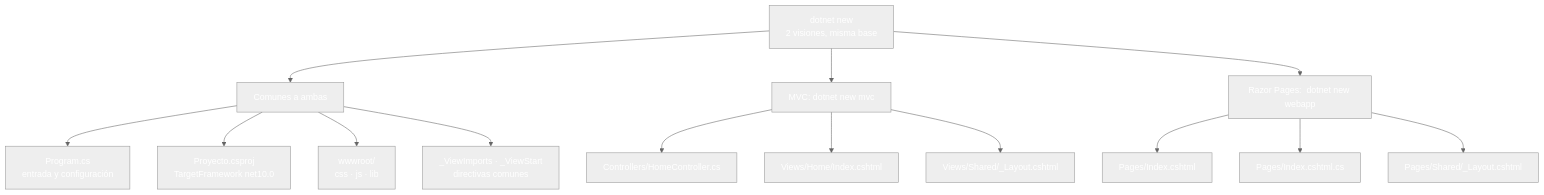
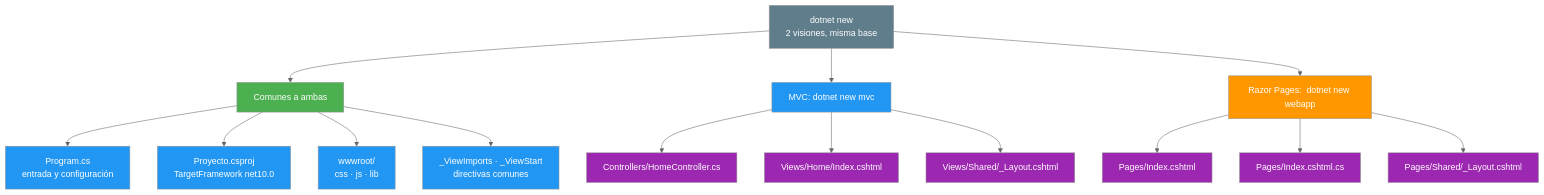
One commit to joseluisgs/DesarrolloWebEntornosServidor-03-2026-2027 changed the seventh of 7 diagrams in 01-razor-fundamentos.md. Above: the diagram before and after it, drawn with Mermaid (neutral theme). The commit also changed other lines of this file and 25 other files, not shown here.

Commit message:
docs: corregir los estilos Mermaid de los temas y alinear el dominio del tema 25 con ProductosApp

````diff
--- a/01-razor-fundamentos.md
+++ b/01-razor-fundamentos.md
@@ -544,34 +544,34 @@
 ```mermaid
 graph TD
     A["dotnet new<br/>2 visiones, misma base"] --> B["Comunes a ambas"]
     A --> C["MVC:  dotnet new mvc"]
     A --> D["Razor Pages:  dotnet new webapp"]
 
     B --> B1["Program.cs<br/>entrada y configuración"]
     B --> B2["Proyecto.csproj<br/>TargetFramework net10.0"]
     B --> B3["wwwroot/<br/>css · js · lib"]
     B --> B4["_ViewImports · _ViewStart<br/>directivas comunes"]
 
     C --> C1["Controllers/HomeController.cs"]
     C --> C2["Views/Home/Index.cshtml"]
     C --> C3["Views/Shared/_Layout.cshtml"]
 
     D --> D1["Pages/Index.cshtml"]
     D --> D2["Pages/Index.cshtml.cs"]
     D --> D3["Pages/Shared/_Layout.cshtml"]
 
-    style A fill:#607D8,color:#fffB,color:#fff
-    style B fill:#4CAF5,color:#fff0,color:#fff
-    style C fill:#2196F,color:#fff3,color:#fff
-    style D fill:#FF980,color:#fff0,color:#fff
-    style B1 fill:#2196F,color:#fff3,color:#fff
-    style B2 fill:#2196F,color:#fff3,color:#fff
-    style B3 fill:#2196F,color:#fff3,color:#fff
-    style B4 fill:#2196F,color:#fff3,color:#fff
-    style C1 fill:#9C27B,color:#fff0,color:#fff
-    style C2 fill:#9C27B,color:#fff0,color:#fff
-    style C3 fill:#9C27B,color:#fff0,color:#fff
-    style D1 fill:#9C27B,color:#fff0,color:#fff
-    style D2 fill:#9C27B,color:#fff0,color:#fff
-    style D3 fill:#9C27B,color:#fff0,color:#fff
+    style A fill:#607D8B,color:#fff
+    style B fill:#4CAF50,color:#fff
+    style C fill:#2196F3,color:#fff
+    style D fill:#FF9800,color:#fff
+    style B1 fill:#2196F3,color:#fff
+    style B2 fill:#2196F3,color:#fff
+    style B3 fill:#2196F3,color:#fff
+    style B4 fill:#2196F3,color:#fff
+    style C1 fill:#9C27B0,color:#fff
+    style C2 fill:#9C27B0,color:#fff
+    style C3 fill:#9C27B0,color:#fff
+    style D1 fill:#9C27B0,color:#fff
+    style D2 fill:#9C27B0,color:#fff
+    style D3 fill:#9C27B0,color:#fff
 ```
````
